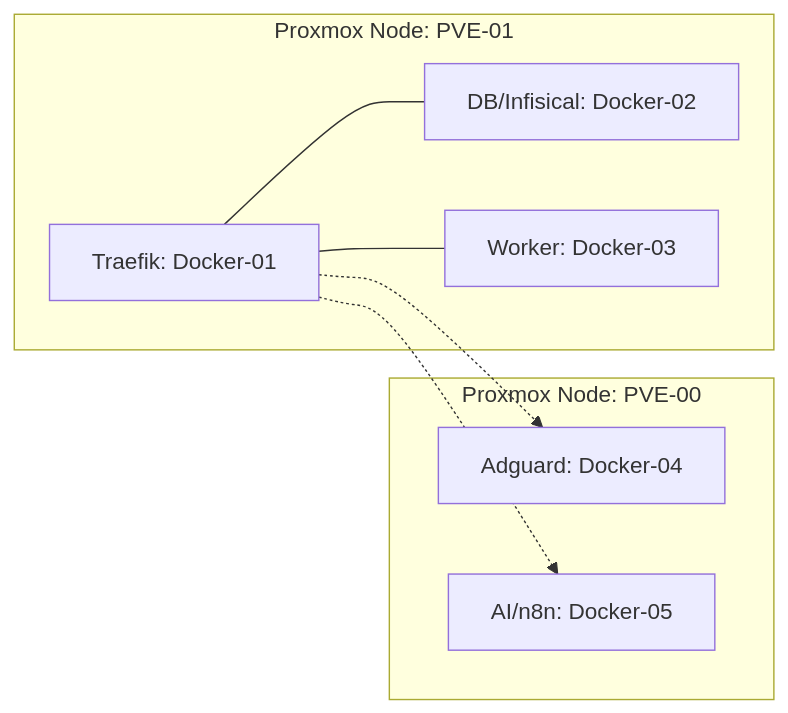
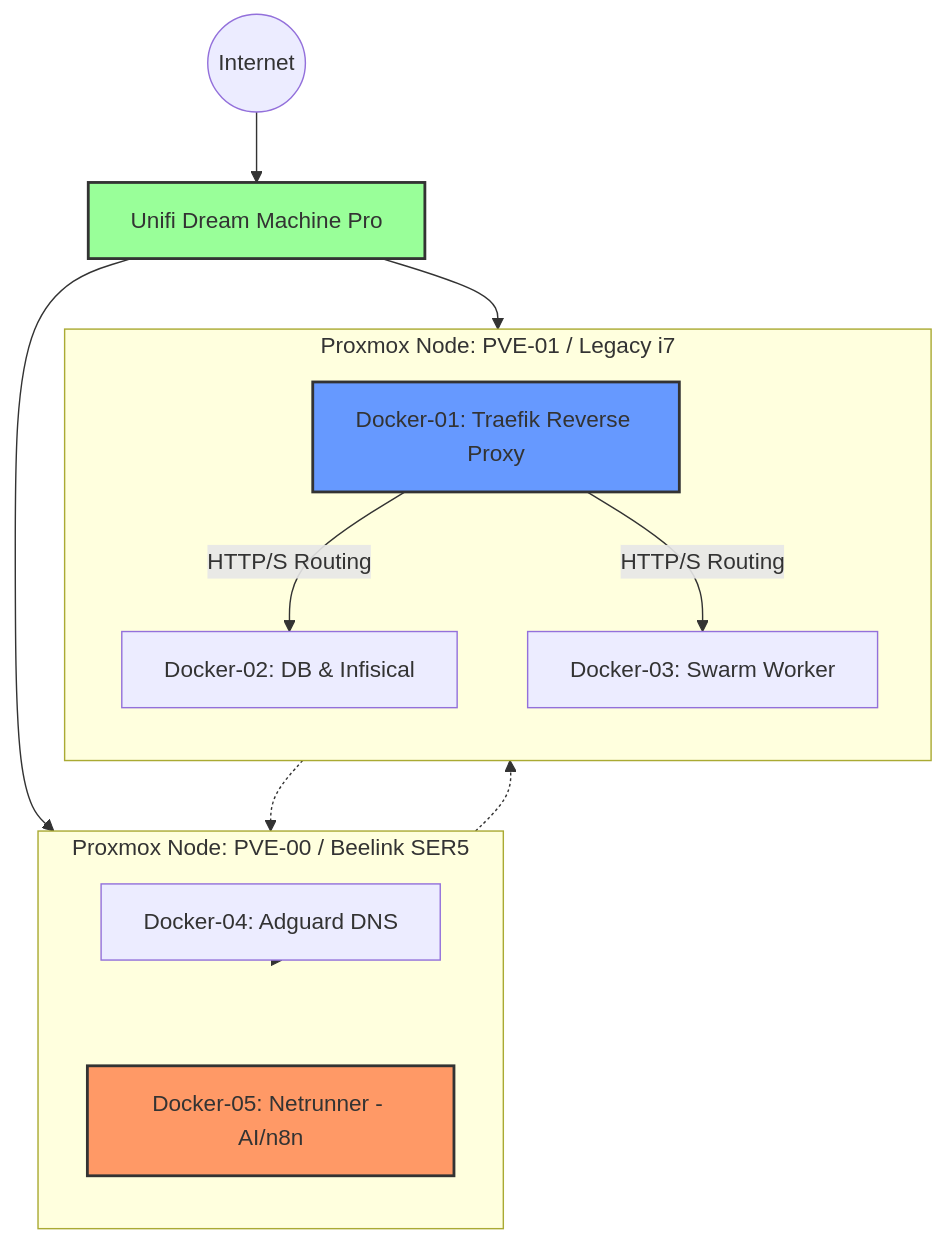
Before and after one commit to EncryptedFunk/EncryptedFunk.github.io: the diagram in docs/infrastructure/hardware.md, drawn with Mermaid. The commit also changed other lines of this file, not shown here.

Commit message:
Document hardware and networking infrastructure for Proxmox setup

````diff
--- a/docs/infrastructure/hardware.md
+++ b/docs/infrastructure/hardware.md
@@ -3,18 +46,37 @@
 ```mermaid
-graph LR
-    subgraph PVE00 [Proxmox Node: PVE-00]
-        D04[Adguard: Docker-04]
-        D05[AI/n8n: Docker-05]
+graph TD
+    %% External Entry
+    Internet((Internet)) --> UDM[Unifi Dream Machine Pro]
+
+    %% Infrastructure Subgraphs
+    subgraph PVE00 [Proxmox Node: PVE-00 / Beelink SER5]
+        direction TB
+        D04[Docker-04: Adguard DNS]
+        D05[Docker-05: Netrunner - AI/n8n]
     end
 
-    subgraph PVE01 [Proxmox Node: PVE-01]
-        D01[Traefik: Docker-01]
-        D02[DB/Infisical: Docker-02]
-        D03[Worker: Docker-03]
+    subgraph PVE01 [Proxmox Node: PVE-01 / Legacy i7]
+        direction TB
+        D01[Docker-01: Traefik Reverse Proxy]
+        D02[Docker-02: DB & Infisical]
+        D03[Docker-03: Swarm Worker]
     end
 
-    D01 -.-> D04
+    %% Network Flow
+    UDM --> D01
+    UDM --> D04
+
+    %% Traefik Routing
+    D01 -- HTTP/S Routing --> D02
+    D01 -- HTTP/S Routing --> D03
     D01 -.-> D05
-    D01 --- D02
-    D01 --- D03
+    
+    %% Management/DNS
+    D04 -.-> PVE00
+    D04 -.-> PVE01
+
+    %% Styling
+    style D05 fill:#f96,stroke:#333,stroke-width:2px
+    style D01 fill:#69f,stroke:#333,stroke-width:2px
+    style UDM fill:#9f9,stroke:#333,stroke-width:2px
 ```
````
